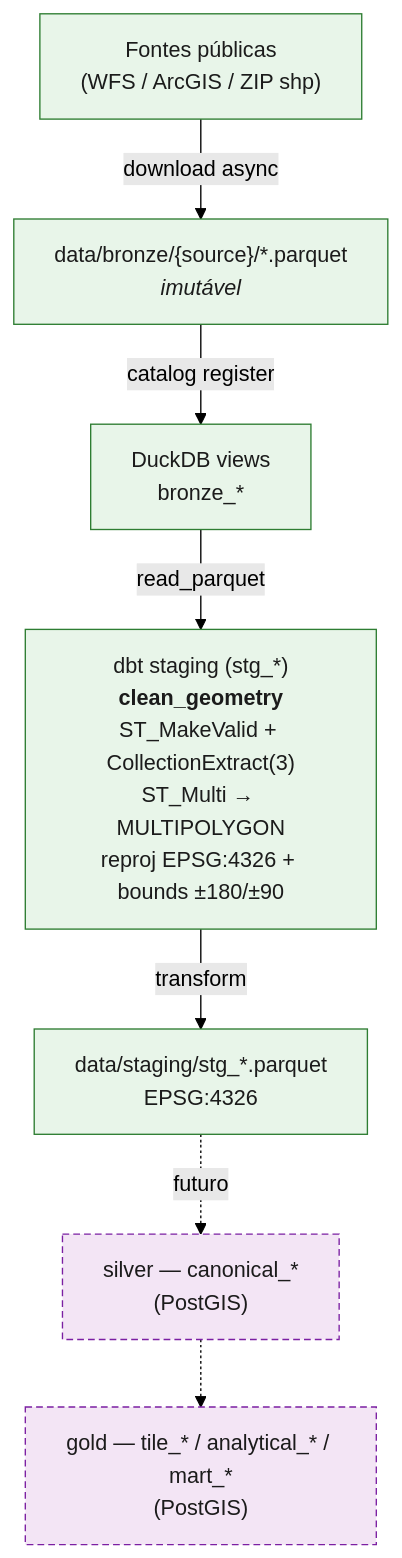
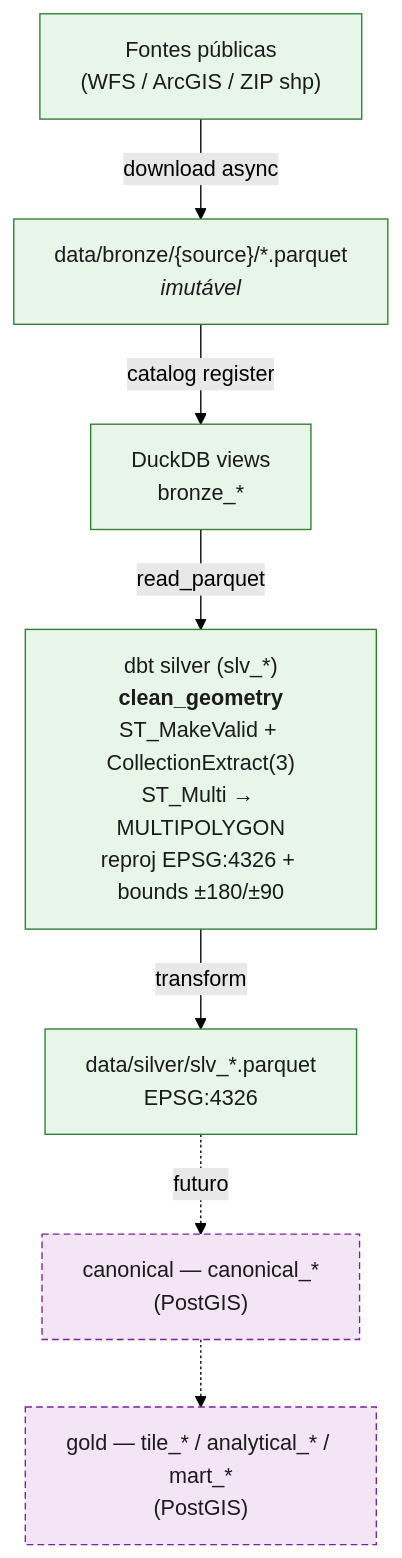
The diagram in docs/architecture.md (fjcerignoni/terrasync), drawn with Mermaid (forest theme) before and after one commit. The commit also changed other lines of this file and 17 other files, not shown here.

````diff
--- a/docs/architecture.md
+++ b/docs/architecture.md
@@ -33,22 +33,22 @@
 ```mermaid
 flowchart TD
     A["Fontes públicas<br/>(WFS / ArcGIS / ZIP shp)"]
     B["data/bronze/{source}/*.parquet<br/><i>imutável</i>"]
     C["DuckDB views<br/>bronze_*"]
-    D["dbt staging (stg_*)<br/><b>clean_geometry</b><br/>ST_MakeValid + CollectionExtract(3)<br/>ST_Multi → MULTIPOLYGON<br/>reproj EPSG:4326 + bounds ±180/±90"]
-    E["data/staging/stg_*.parquet<br/>EPSG:4326"]
-    F["silver — canonical_*<br/>(PostGIS)"]
+    D["dbt silver (slv_*)<br/><b>clean_geometry</b><br/>ST_MakeValid + CollectionExtract(3)<br/>ST_Multi → MULTIPOLYGON<br/>reproj EPSG:4326 + bounds ±180/±90"]
+    E["data/silver/slv_*.parquet<br/>EPSG:4326"]
+    F["canonical — canonical_*<br/>(PostGIS)"]
     G["gold — tile_* / analytical_* / mart_*<br/>(PostGIS)"]
 
     A -->|"download async"| B
     B -->|"catalog register"| C
     C -->|"read_parquet"| D
     D -->|"transform"| E
     E -.->|"futuro"| F
     F -.-> G
 
     classDef done   fill:#e8f5e9,stroke:#2e7d32,color:#1b1b1b;
     classDef future fill:#f3e5f5,stroke:#7b1fa2,color:#1b1b1b,stroke-dasharray:5 3;
     class A,B,C,D,E done;
     class F,G future;
 ```
````
